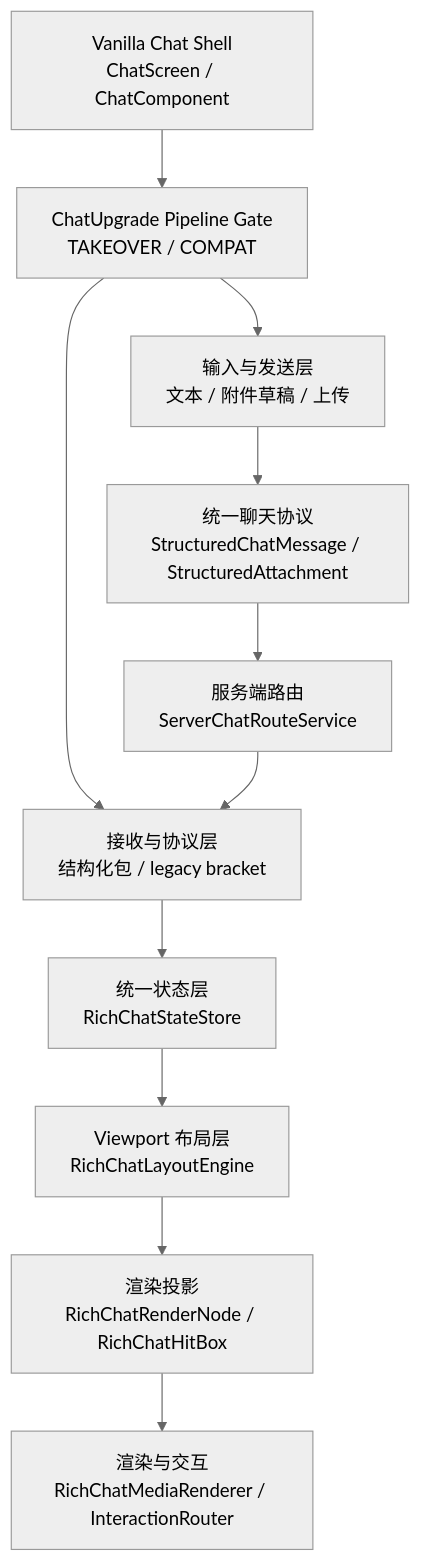
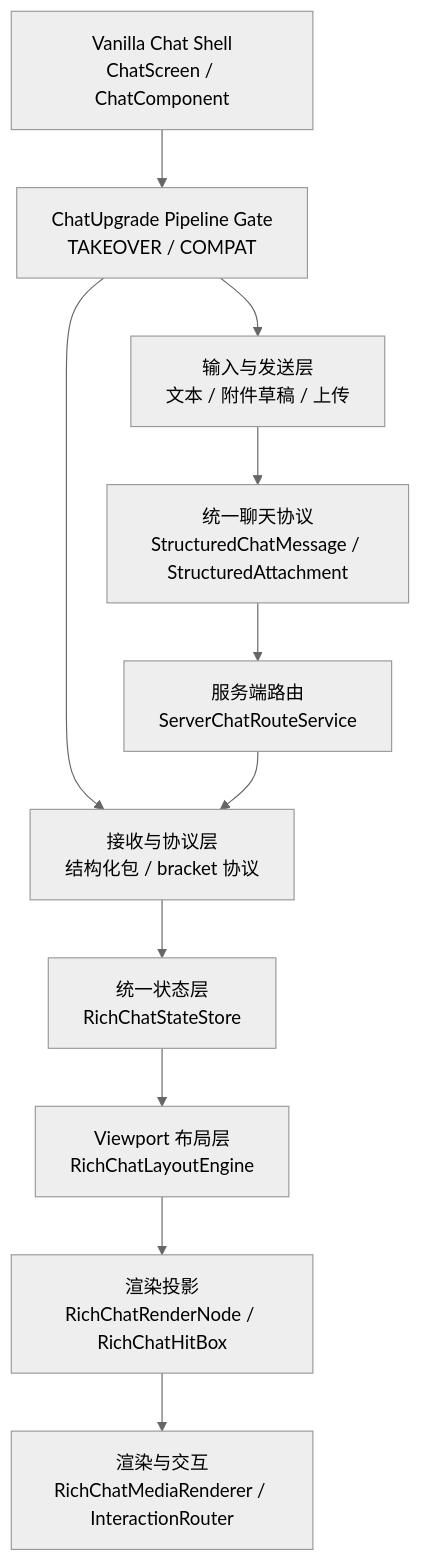
The first of 3 diagrams in docs/architecture.md (LoosePrince/chat-upgrade), drawn with Mermaid (neutral theme) before and after one commit. The commit also changed other lines of this file and 23 other files, not shown here.

````diff
--- a/docs/architecture.md
+++ b/docs/architecture.md
@@ -27,13 +27,13 @@
 ```mermaid
 flowchart TB
     A[Vanilla Chat Shell\nChatScreen / ChatComponent] --> B[ChatUpgrade Pipeline Gate\nTAKEOVER / COMPAT]
     B --> C[输入与发送层\n文本 / 附件草稿 / 上传]
-    B --> D[接收与协议层\n结构化包 / legacy bracket]
+    B --> D[接收与协议层\n结构化包 / bracket 协议]
     C --> E[统一聊天协议\nStructuredChatMessage / StructuredAttachment]
     D --> F[统一状态层\nRichChatStateStore]
     E --> G[服务端路由\nServerChatRouteService]
     G --> D
     F --> H[Viewport 布局层\nRichChatLayoutEngine]
     H --> I[渲染投影\nRichChatRenderNode / RichChatHitBox]
     I --> J[渲染与交互\nRichChatMediaRenderer / InteractionRouter]
 ```
````
